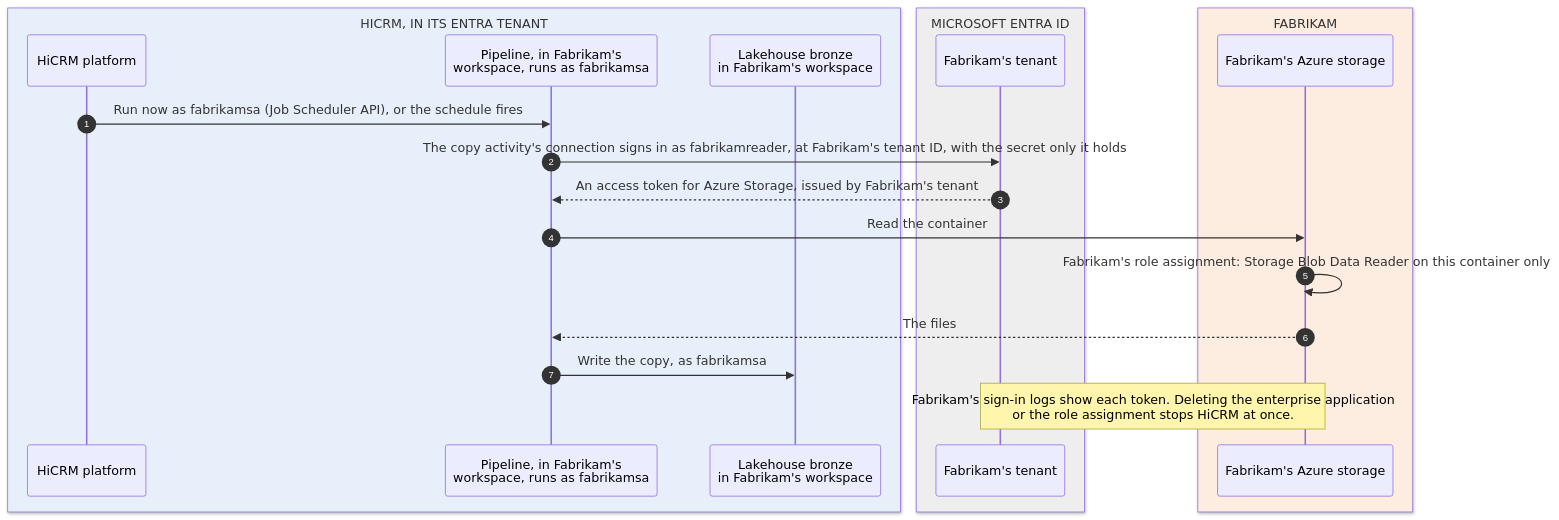
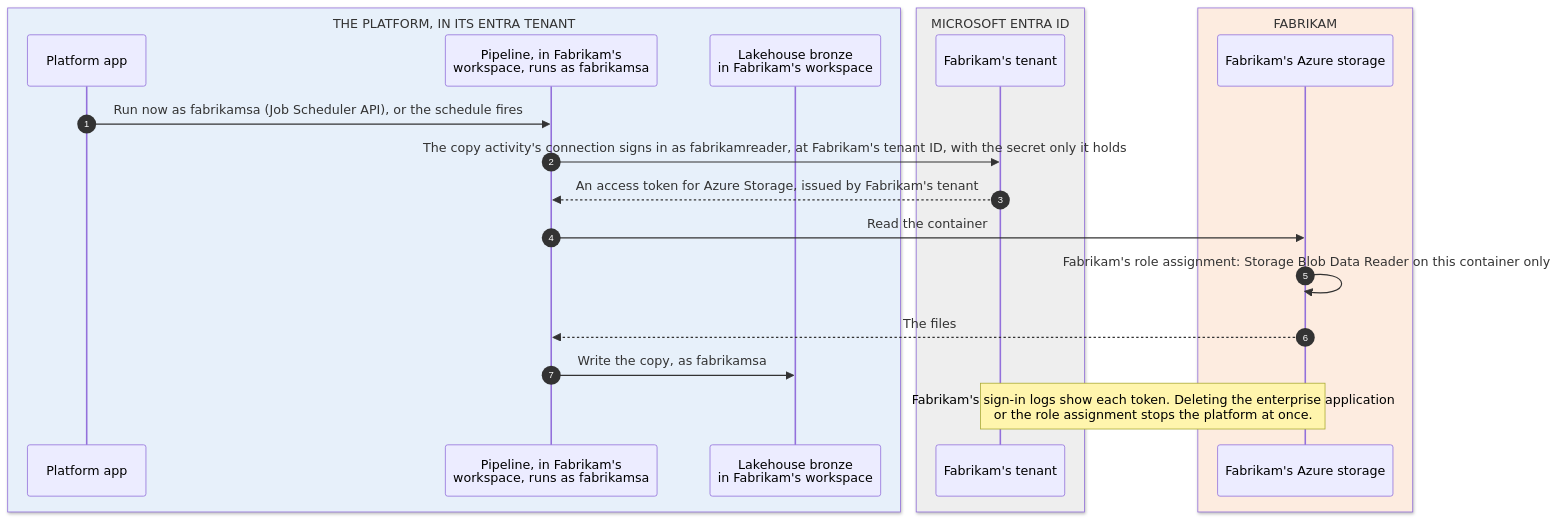
One commit to apkola29/fabric changed the fifth of 5 diagrams in saas-platform/IDENTITIES.md. Above: the diagram before and after it, drawn with Mermaid. The commit also changed other lines of this file and 72 other files, not shown here.

First line of the commit message:
saas-platform: rename HiCRM to the platform app; official Fabric icons

````diff
--- a/saas-platform/IDENTITIES.md
+++ b/saas-platform/IDENTITIES.md
@@ -347,24 +348,24 @@
 ```mermaid
 sequenceDiagram
   autonumber
-  box rgb(231,240,250) HICRM, IN ITS ENTRA TENANT
-    participant H as HiCRM platform
+  box rgb(231,240,250) THE PLATFORM, IN ITS ENTRA TENANT
+    participant H as Platform app
     participant PL as Pipeline, in Fabrikam's<br/>workspace, runs as fabrikamsa
     participant LH as Lakehouse bronze<br/>in Fabrikam's workspace
   end
   box rgb(238,238,238) MICROSOFT ENTRA ID
     participant EF as Fabrikam's tenant
   end
   box rgb(253,236,224) FABRIKAM
     participant ST as Fabrikam's Azure storage
   end
 
   H->>PL: Run now as fabrikamsa (Job Scheduler API), or the schedule fires
   PL->>EF: The copy activity's connection signs in as fabrikamreader, at Fabrikam's tenant ID, with the secret only it holds
   EF-->>PL: An access token for Azure Storage, issued by Fabrikam's tenant
   PL->>ST: Read the container
   ST->>ST: Fabrikam's role assignment: Storage Blob Data Reader on this container only
   ST-->>PL: The files
   PL->>LH: Write the copy, as fabrikamsa
-  Note over EF,ST: Fabrikam's sign-in logs show each token. Deleting the enterprise application<br/>or the role assignment stops HiCRM at once.
+  Note over EF,ST: Fabrikam's sign-in logs show each token. Deleting the enterprise application<br/>or the role assignment stops the platform at once.
 ```
````
